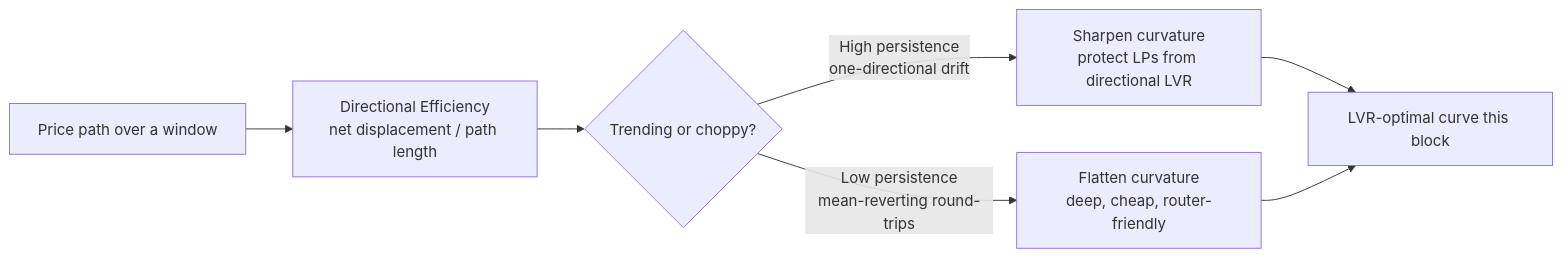
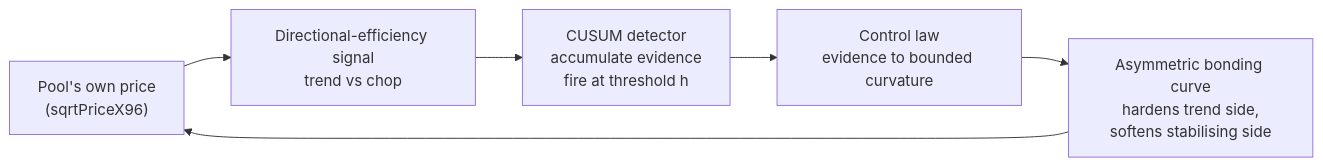
Before and after one commit to Prakhar-30/POINCARE: the first of 3 diagrams in README.md, drawn with Mermaid. The commit also changed other lines of this file, not shown here.

````diff
--- a/README.md
+++ b/README.md
@@ -84,9 +38,8 @@
 ```mermaid
 flowchart LR
-    P["Price path over a window"] --> DE["Directional Efficiency<br/>net displacement / path length"]
-    DE --> T{"Trending or choppy?"}
-    T -->|"High persistence<br/>one-directional drift"| SHARP["Sharpen curvature<br/>protect LPs from directional LVR"]
-    T -->|"Low persistence<br/>mean-reverting round-trips"| FLAT["Flatten curvature<br/>deep, cheap, router-friendly"]
-    SHARP --> OUT["LVR-optimal curve this block"]
-    FLAT --> OUT
+    PRICE["Pool's own price<br/>(sqrtPriceX96)"] --> SIG["Directional-efficiency signal<br/>trend vs chop"]
+    SIG --> CUSUM["CUSUM detector<br/>accumulate evidence<br/>fire at threshold h"]
+    CUSUM --> LAW["Control law<br/>evidence to bounded curvature"]
+    LAW --> CURVE["Asymmetric bonding curve<br/>hardens trend side,<br/>softens stabilising side"]
+    CURVE --> PRICE
 ```
````
